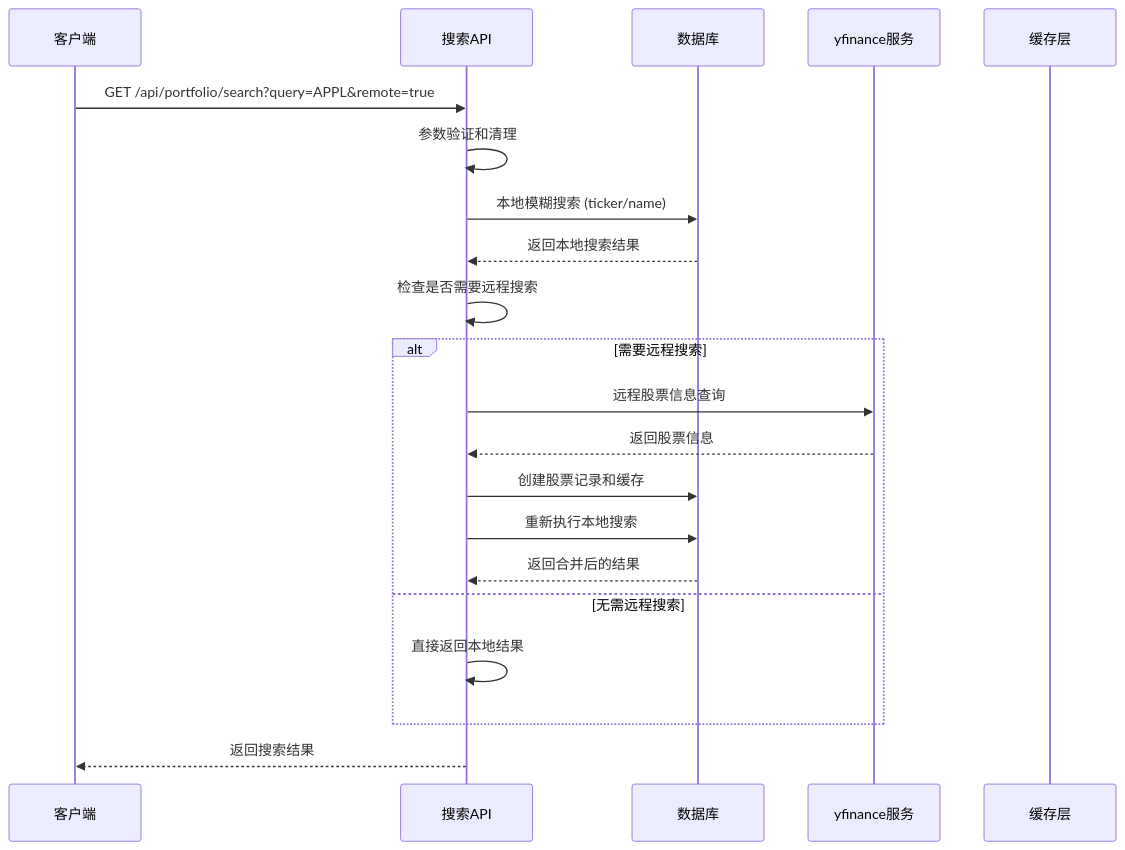
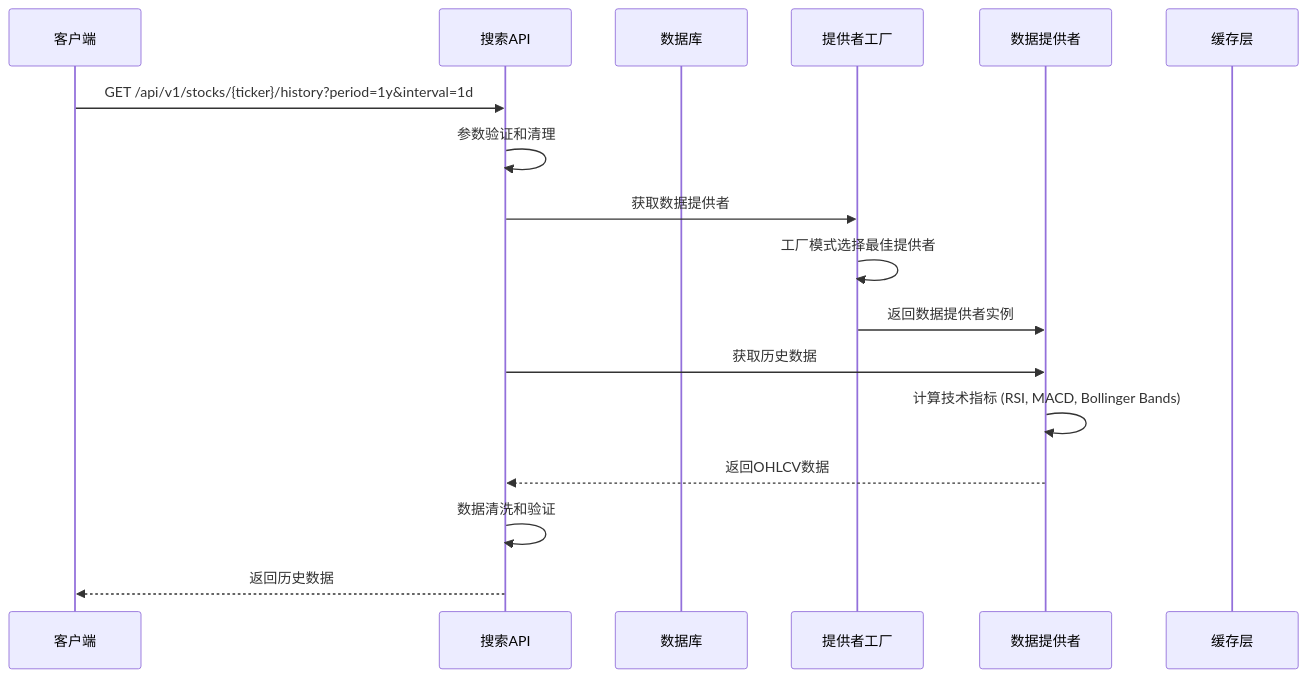
One commit to breeze-lyf/ai-stock-advisor changed the third of 8 diagrams in .qoder/repowiki/zh/content/投资组合管理/股票搜索功能.md. Above: the diagram before and after it, drawn with Mermaid. The commit also changed other lines of this file and 52 other files, not shown here.

````diff
--- a/.qoder/repowiki/zh/content/投资组合管理/股票搜索功能.md
+++ b/.qoder/repowiki/zh/content/投资组合管理/股票搜索功能.md
@@ -153,23 +212,19 @@
 ```mermaid
 sequenceDiagram
 participant Client as 客户端
 participant API as 搜索API
 participant DB as 数据库
-participant YF as yfinance服务
+participant ProviderFactory as 提供者工厂
+participant Provider as 数据提供者
 participant Cache as 缓存层
-Client->>API : GET /api/portfolio/search?query=APPL&remote=true
+Client->>API : GET /api/v1/stocks/{ticker}/history?period=1y&interval=1d
 API->>API : 参数验证和清理
-API->>DB : 本地模糊搜索 (ticker/name)
-DB-->>API : 返回本地搜索结果
-API->>API : 检查是否需要远程搜索
-alt 需要远程搜索
-API->>YF : 远程股票信息查询
-YF-->>API : 返回股票信息
-API->>DB : 创建股票记录和缓存
-API->>DB : 重新执行本地搜索
-DB-->>API : 返回合并后的结果
-else 无需远程搜索
-API->>API : 直接返回本地结果
-end
-API-->>Client : 返回搜索结果
+API->>ProviderFactory : 获取数据提供者
+ProviderFactory->>ProviderFactory : 工厂模式选择最佳提供者
+ProviderFactory->>Provider : 返回数据提供者实例
+API->>Provider : 获取历史数据
+Provider->>Provider : 计算技术指标 (RSI, MACD, Bollinger Bands)
+Provider-->>API : 返回OHLCV数据
+API->>API : 数据清洗和验证
+API-->>Client : 返回历史数据
 ```
````
